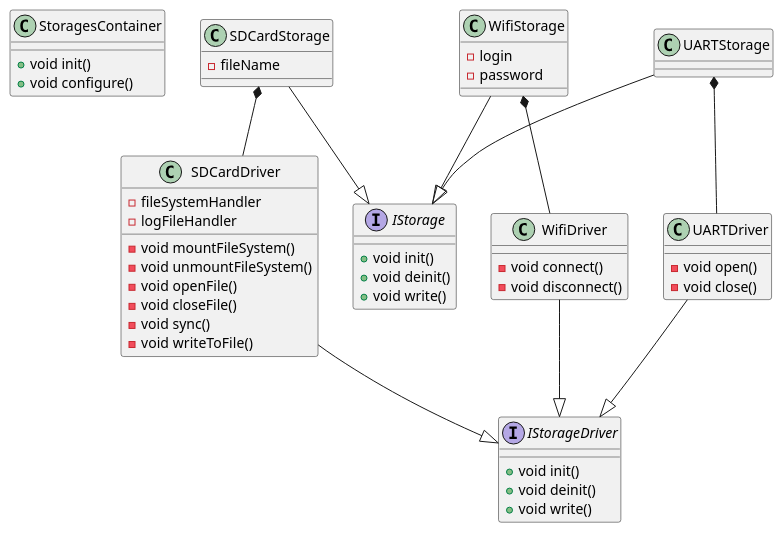
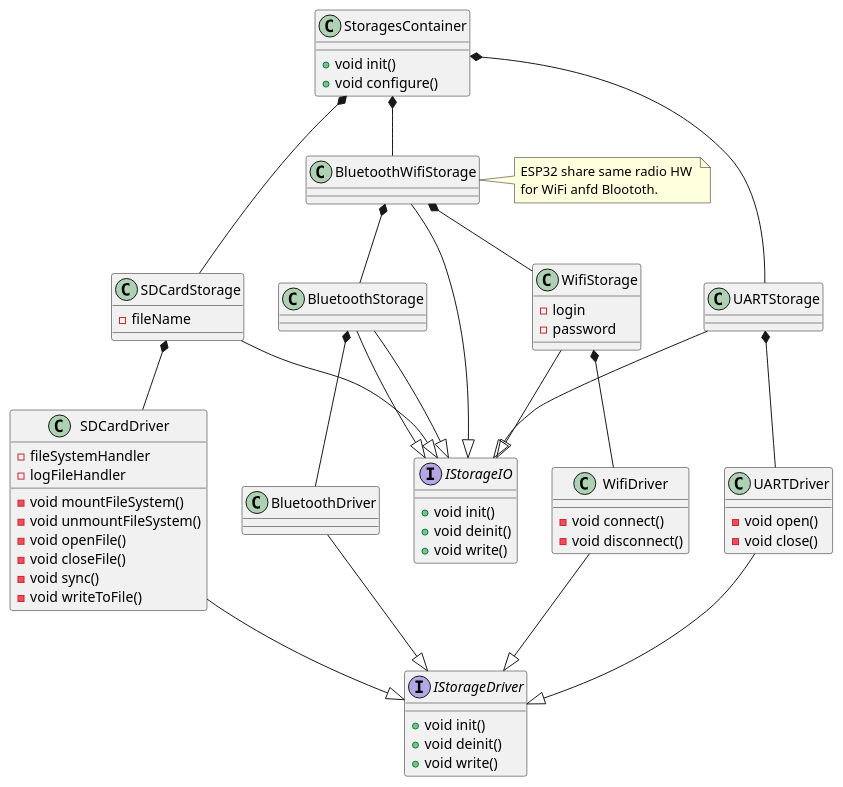
The diagram in Documentation/Diagrams/Storage.plantuml (RobertGawron/HardwareDataLogger), drawn with PlantUML before and after one commit. The commit also changed 4 other files, not shown here.

Commit message:
clarify architecture

```diff
--- a/Documentation/Diagrams/Storage.plantuml
+++ b/Documentation/Diagrams/Storage.plantuml
@@ -1,69 +1,90 @@
 @startuml
 
 class StoragesContainer {
     +void init()
     +void configure()
 }
 
-interface IStorage {
+class BluetoothWifiStorage {
+}
+
+interface IStorageIO {
     +void init()
     +void deinit()
     +void write()
 }
 
 interface IStorageDriver {
     +void init()
     +void deinit()
     +void write()
 }
 
 class SDCardStorage {
     -fileName
 }
 
+class UARTStorage {
+}
+
 class WifiStorage {
     -login
     -password
 }
 
+note right of BluetoothWifiStorage: ESP32 share same radio HW \nfor WiFi anfd Bloototh.
+class BluetoothStorage {
+}
 
 class SDCardDriver {
     -void mountFileSystem()
     -void unmountFileSystem()
     -void openFile()
     -void closeFile()
     -void sync()
     -void writeToFile()
 
     - fileSystemHandler
     - logFileHandler
 }
 
+class UARTDriver {
+    -void open()
+    -void close()
+}
+
 class WifiDriver {
     -void connect()
     -void disconnect()
 }
 
-class UARTDriver {
-    -void open()
-    -void close()
+class BluetoothDriver {
 }
-/'
-StoragesContainer  *-- SDCardStorage
-StoragesContainer  *-- WifiStorage
-StoragesContainer  *-- UARTStorage
-'/
-SDCardStorage --|> IStorage
-WifiStorage --|> IStorage
-UARTStorage--|> IStorage
+
+
+BluetoothWifiStorage *-- BluetoothStorage
+BluetoothWifiStorage *-- WifiStorage
+
+StoragesContainer *-- BluetoothWifiStorage
+StoragesContainer *-- SDCardStorage
+StoragesContainer *-- UARTStorage
+
+BluetoothWifiStorage --|> IStorageIO
+BluetoothStorage --|> IStorageIO
+SDCardStorage --|> IStorageIO
+WifiStorage --|> IStorageIO
+UARTStorage --|> IStorageIO
+BluetoothStorage --|> IStorageIO
+
+UARTStorage *-- UARTDriver
+SDCardStorage *-- SDCardDriver
+WifiStorage *-- WifiDriver
+BluetoothStorage *-- BluetoothDriver
 
 SDCardDriver --|> IStorageDriver
+UARTDriver --|> IStorageDriver
+BluetoothDriver --|> IStorageDriver
 WifiDriver --|> IStorageDriver
-UARTDriver --|> IStorageDriver
 
 
-SDCardStorage *-- SDCardDriver
-WifiStorage *-- WifiDriver
-UARTStorage *-- UARTDriver
-
 @enduml
```
